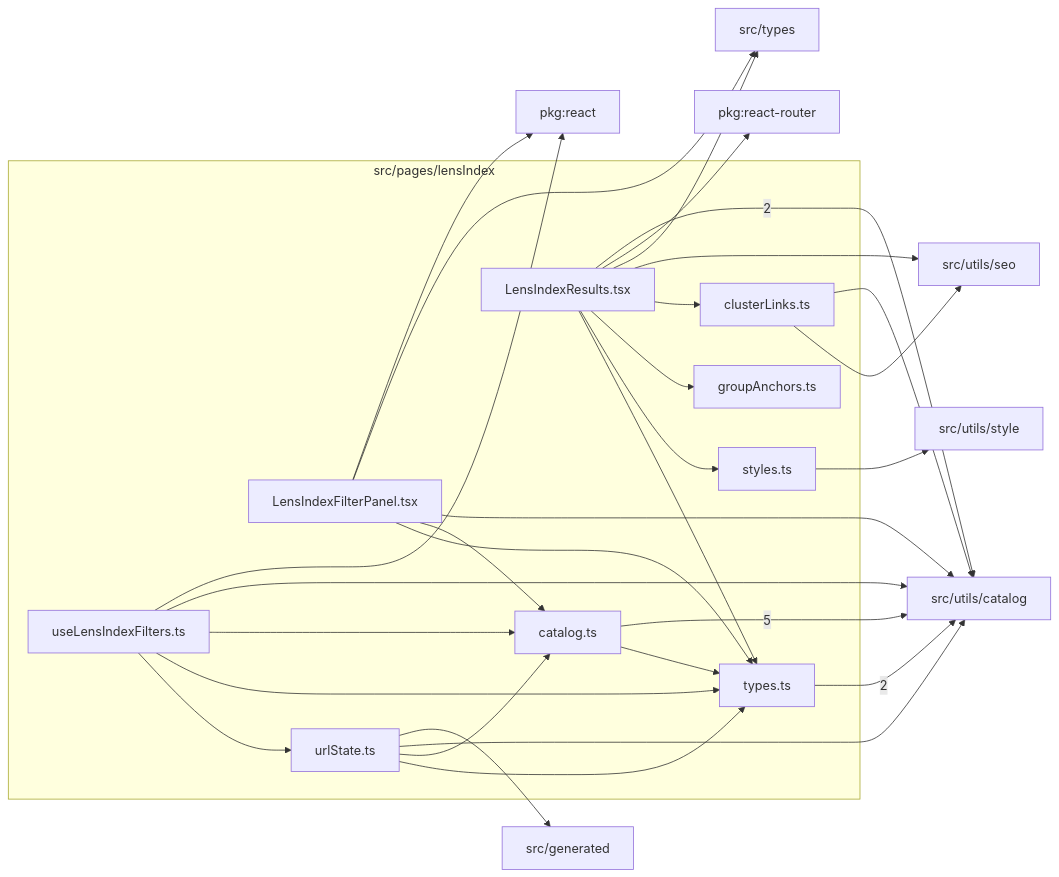
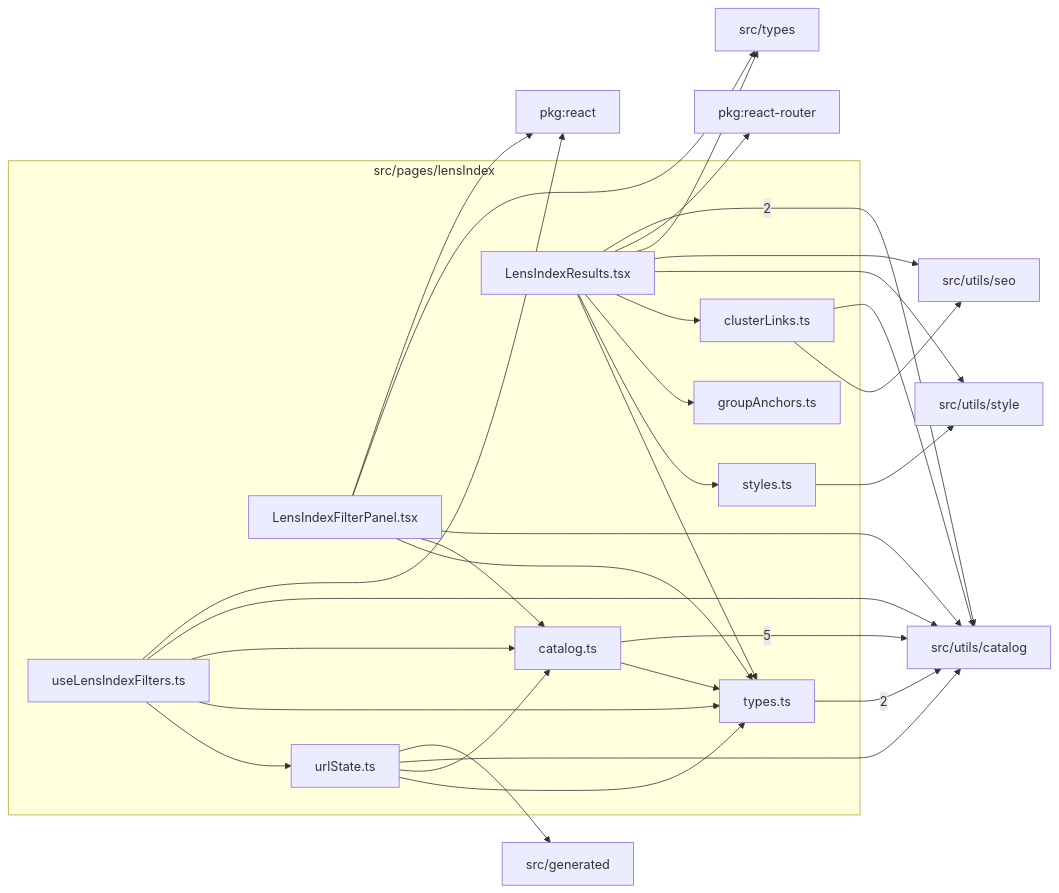
Before and after one commit to ronbuening/LensVisualizer: the diagram in src/pages/lensIndex/readme.md, drawn with Mermaid. The commit also changed other lines of this file and 10 other files, not shown here.

````diff
--- a/src/pages/lensIndex/readme.md
+++ b/src/pages/lensIndex/readme.md
@@ -9,49 +9,50 @@
 ```mermaid
 flowchart LR
   subgraph n_src_pages_lensIndex["src/pages/lensIndex"]
     n_src_pages_lensIndex_src_pages_lensIndex_catalog_ts["catalog.ts"]
     n_src_pages_lensIndex_src_pages_lensIndex_clusterLinks_ts["clusterLinks.ts"]
     n_src_pages_lensIndex_src_pages_lensIndex_groupAnchors_ts["groupAnchors.ts"]
     n_src_pages_lensIndex_src_pages_lensIndex_LensIndexFilterPanel_tsx["LensIndexFilterPanel.tsx"]
     n_src_pages_lensIndex_src_pages_lensIndex_LensIndexResults_tsx["LensIndexResults.tsx"]
     n_src_pages_lensIndex_src_pages_lensIndex_styles_ts["styles.ts"]
     n_src_pages_lensIndex_src_pages_lensIndex_types_ts["types.ts"]
     n_src_pages_lensIndex_src_pages_lensIndex_urlState_ts["urlState.ts"]
     n_src_pages_lensIndex_src_pages_lensIndex_useLensIndexFilters_ts["useLensIndexFilters.ts"]
   end
   n_external_src_utils_catalog["src/utils/catalog"]
   n_external_pkg_react["pkg:react"]
   n_external_pkg_react_router["pkg:react-router"]
   n_external_src_generated["src/generated"]
   n_external_src_types["src/types"]
   n_external_src_utils_seo["src/utils/seo"]
   n_external_src_utils_style["src/utils/style"]
   n_src_pages_lensIndex_src_pages_lensIndex_catalog_ts --> |5| n_external_src_utils_catalog
   n_src_pages_lensIndex_src_pages_lensIndex_LensIndexResults_tsx --> |2| n_external_src_utils_catalog
   n_src_pages_lensIndex_src_pages_lensIndex_types_ts --> |2| n_external_src_utils_catalog
   n_src_pages_lensIndex_src_pages_lensIndex_LensIndexFilterPanel_tsx --> n_external_pkg_react
   n_src_pages_lensIndex_src_pages_lensIndex_useLensIndexFilters_ts --> n_external_pkg_react
   n_src_pages_lensIndex_src_pages_lensIndex_LensIndexResults_tsx --> n_external_pkg_react_router
   n_src_pages_lensIndex_src_pages_lensIndex_urlState_ts --> n_external_src_generated
   n_src_pages_lensIndex_src_pages_lensIndex_LensIndexFilterPanel_tsx --> n_external_src_types
   n_src_pages_lensIndex_src_pages_lensIndex_LensIndexResults_tsx --> n_external_src_types
   n_src_pages_lensIndex_src_pages_lensIndex_clusterLinks_ts --> n_external_src_utils_catalog
   n_src_pages_lensIndex_src_pages_lensIndex_LensIndexFilterPanel_tsx --> n_external_src_utils_catalog
   n_src_pages_lensIndex_src_pages_lensIndex_urlState_ts --> n_external_src_utils_catalog
   n_src_pages_lensIndex_src_pages_lensIndex_useLensIndexFilters_ts --> n_external_src_utils_catalog
   n_src_pages_lensIndex_src_pages_lensIndex_clusterLinks_ts --> n_external_src_utils_seo
   n_src_pages_lensIndex_src_pages_lensIndex_LensIndexResults_tsx --> n_external_src_utils_seo
+  n_src_pages_lensIndex_src_pages_lensIndex_LensIndexResults_tsx --> n_external_src_utils_style
   n_src_pages_lensIndex_src_pages_lensIndex_styles_ts --> n_external_src_utils_style
   n_src_pages_lensIndex_src_pages_lensIndex_LensIndexFilterPanel_tsx --> n_src_pages_lensIndex_src_pages_lensIndex_catalog_ts
   n_src_pages_lensIndex_src_pages_lensIndex_urlState_ts --> n_src_pages_lensIndex_src_pages_lensIndex_catalog_ts
   n_src_pages_lensIndex_src_pages_lensIndex_useLensIndexFilters_ts --> n_src_pages_lensIndex_src_pages_lensIndex_catalog_ts
   n_src_pages_lensIndex_src_pages_lensIndex_LensIndexResults_tsx --> n_src_pages_lensIndex_src_pages_lensIndex_clusterLinks_ts
   n_src_pages_lensIndex_src_pages_lensIndex_LensIndexResults_tsx --> n_src_pages_lensIndex_src_pages_lensIndex_groupAnchors_ts
   n_src_pages_lensIndex_src_pages_lensIndex_LensIndexResults_tsx --> n_src_pages_lensIndex_src_pages_lensIndex_styles_ts
   n_src_pages_lensIndex_src_pages_lensIndex_catalog_ts --> n_src_pages_lensIndex_src_pages_lensIndex_types_ts
   n_src_pages_lensIndex_src_pages_lensIndex_LensIndexFilterPanel_tsx --> n_src_pages_lensIndex_src_pages_lensIndex_types_ts
   n_src_pages_lensIndex_src_pages_lensIndex_LensIndexResults_tsx --> n_src_pages_lensIndex_src_pages_lensIndex_types_ts
   n_src_pages_lensIndex_src_pages_lensIndex_urlState_ts --> n_src_pages_lensIndex_src_pages_lensIndex_types_ts
   n_src_pages_lensIndex_src_pages_lensIndex_useLensIndexFilters_ts --> n_src_pages_lensIndex_src_pages_lensIndex_types_ts
   n_src_pages_lensIndex_src_pages_lensIndex_useLensIndexFilters_ts --> n_src_pages_lensIndex_src_pages_lensIndex_urlState_ts
 ```
````
